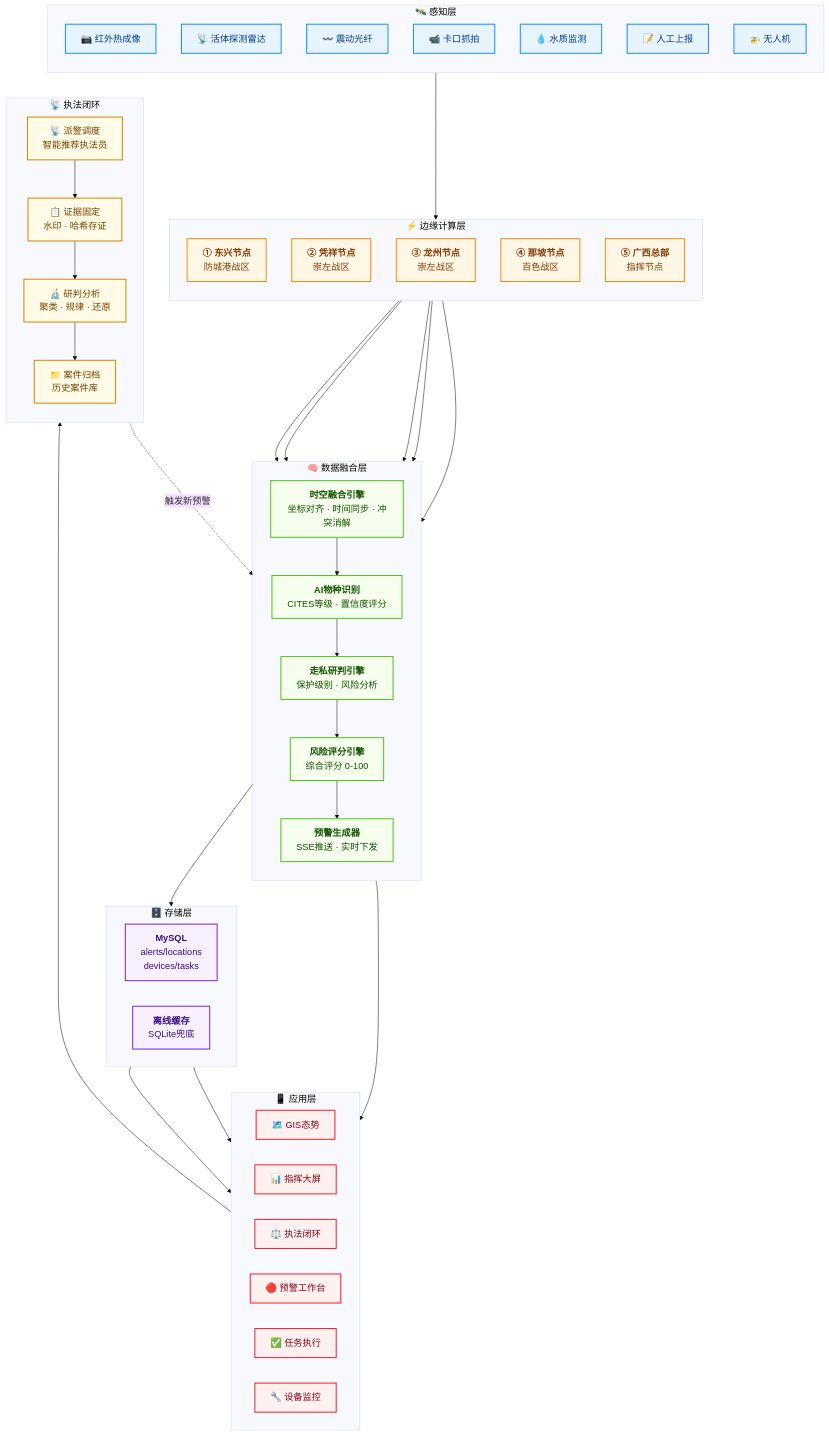
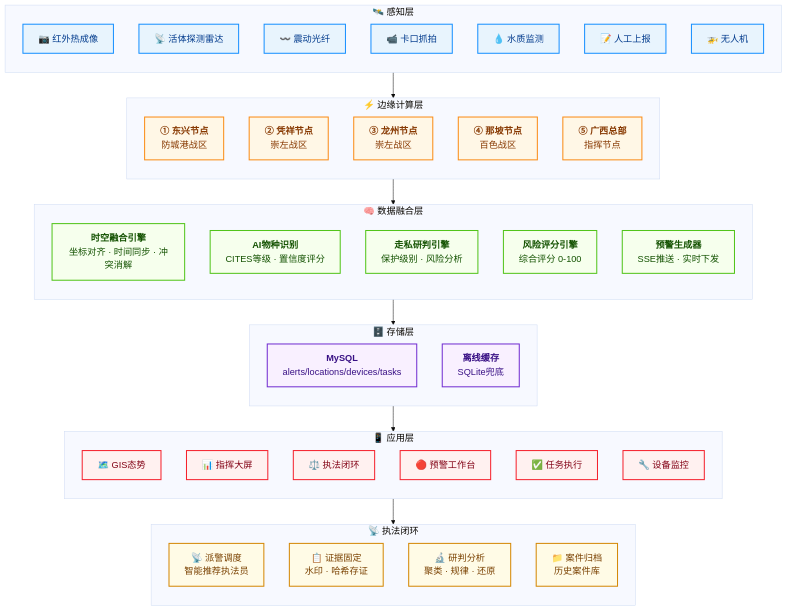
One commit to ppqqmeimei-create/reyanqinxiao changed the diagram in architecture/README.md. Above: the diagram before and after it, drawn with Mermaid.

Commit message:
style: 所有模块改为纵向排列，左对齐居中
Made-with: Cursor

````diff
--- a/architecture/README.md
+++ b/architecture/README.md
@@ -27,7 +27,7 @@
 ```mermaid
-%%{init: {'theme': 'base', 'themeVariables': { 'fontSize': '18px', 'nodeSpacing': '35', 'rankSpacing': '70'}}}%%
+%%{init: {'theme': 'base', 'themeVariables': { 'fontSize': '18px', 'nodeSpacing': '30', 'rankSpacing': '60'}}}%%
 flowchart TB
-    %% ============ 感知层（纵向排列） ============
+    %% ============ 感知层（7个节点纵向，居中） ============
     subgraph S1["<div style='text-align: center;'>🛰️ 感知层</div>"]
         direction TB
         S1_1["📷 红外热成像"]
@@ -39,7 +39,7 @@
         S1_7["🚁 无人机"]
     end
 
-    %% ============ 边缘计算层（核心处理） ============
+    %% ============ 边缘计算层（5个节点，与感知层左对齐） ============
     subgraph S2["<div style='text-align: center;'>⚡ 边缘计算层</div>"]
         direction TB
         E1["<b>① 东兴节点</b><br/>防城港战区"]
@@ -49,7 +49,7 @@
         E5["<b>⑤ 广西总部</b><br/>指挥节点"]
     end
 
-    %% ============ 数据融合层（核心能力） ============
+    %% ============ 数据融合层（5个节点，与感知层左对齐） ============
     subgraph S3["<div style='text-align: center;'>🧠 数据融合层</div>"]
         direction TB
         FUSE["<b>时空融合引擎</b><br/>坐标对齐 · 时间同步 · 冲突消解"]
@@ -59,16 +59,16 @@
         SSE["<b>预警生成器</b><br/>SSE推送 · 实时下发"]
     end
 
-    %% ============ 存储层 ============
+    %% ============ 存储层（2个节点，与感知层左对齐） ============
     subgraph S4["<div style='text-align: center;'>🗄️ 存储层</div>"]
-        direction LR
-        DB["<b>MySQL</b><br/>alerts/locations<br/>devices/tasks"]
+        direction TB
+        DB["<b>MySQL</b><br/>alerts/locations/devices/tasks"]
         CACHE["<b>离线缓存</b><br/>SQLite兜底"]
     end
 
-    %% ============ 应用层（核心功能） ============
+    %% ============ 应用层（6个节点，与感知层左对齐） ============
     subgraph S5["<div style='text-align: center;'>📱 应用层</div>"]
-        direction LR
+        direction TB
         P1["🗺️ GIS态势"]
         P2["📊 指挥大屏"]
         P3["⚖️ 执法闭环"]
@@ -77,7 +77,7 @@
         P6["🔧 设备监控"]
     end
 
-    %% ============ 业务闭环（右侧） ============
+    %% ============ 业务闭环（4个节点，与感知层左对齐） ============
     subgraph LOOP["<div style='text-align: center;'>📡 执法闭环</div>"]
         direction TB
         DISPATCH["📡 派警调度<br/>智能推荐执法员"]
@@ -88,20 +88,10 @@
 
     %% ============ 数据流向 ============
     S1 --> S2
-
-    E1 & E2 & E3 & E4 & E5 --> FUSE
-    FUSE --> AI --> JUDGE --> RISK --> SSE
-
-    S3 --> DB
-    SSE --> P4
-    DB --> S5
-    CACHE --> P1
-
-    P4 --> DISPATCH
-    DISPATCH --> EVIDENCE
-    EVIDENCE --> RESEARCH
-    RESEARCH --> CLOSE
-    CLOSE -.->|触发新预警| SSE
+    S2 --> S3
+    S3 --> S4
+    S4 --> S5
+    S5 --> LOOP
 
     %% ============ 样式定义 ============
     classDef SENSOR fill:#e8f4fd,stroke:#1890ff,stroke-width:2px,color:#003a8c
````
